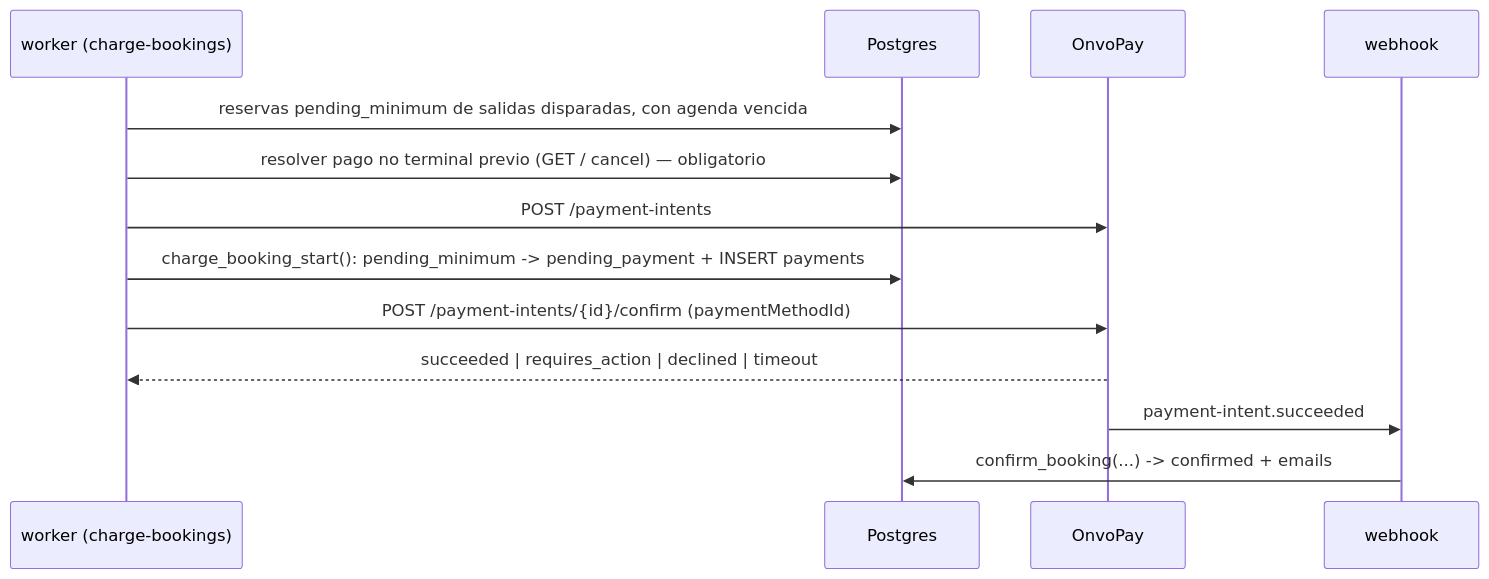
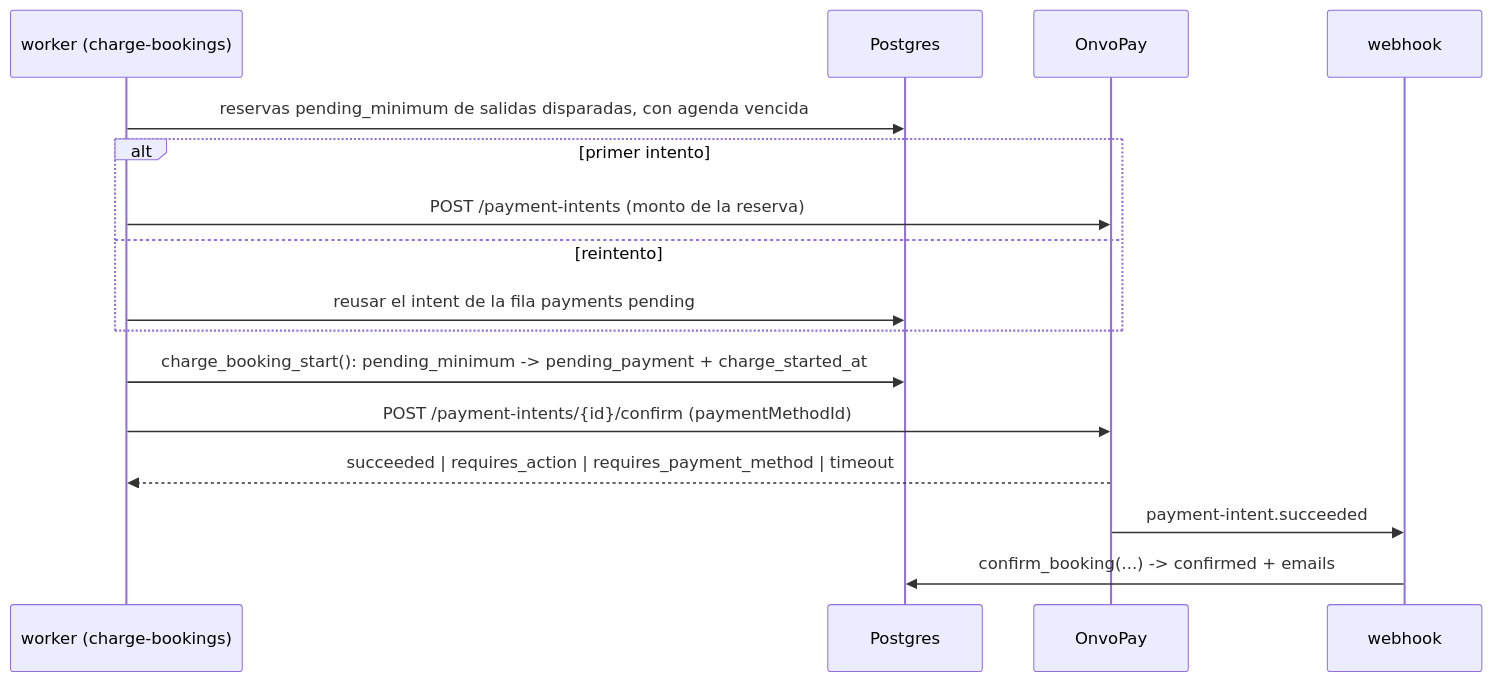
One commit to KthArg/boka-reservations changed the first of 2 diagrams in docs/specs/0029-cupo-minimo-y-cobro-diferido.md. Above: the diagram before and after it, drawn with Mermaid. The commit also changed other lines of this file and 1 other file, not shown here.

````diff
--- a/docs/specs/0029-cupo-minimo-y-cobro-diferido.md
+++ b/docs/specs/0029-cupo-minimo-y-cobro-diferido.md
@@ -115,16 +125,19 @@
 ```mermaid
 sequenceDiagram
     participant W as worker (charge-bookings)
     participant DB as Postgres
     participant O as OnvoPay
     participant H as webhook
 
     W->>DB: reservas pending_minimum de salidas disparadas, con agenda vencida
-    W->>DB: resolver pago no terminal previo (GET / cancel) — obligatorio
-    W->>O: POST /payment-intents
-    W->>DB: charge_booking_start(): pending_minimum -> pending_payment + INSERT payments
+    alt primer intento
+        W->>O: POST /payment-intents (monto de la reserva)
+    else reintento
+        W->>DB: reusar el intent de la fila payments pending
+    end
+    W->>DB: charge_booking_start(): pending_minimum -> pending_payment + charge_started_at
     W->>O: POST /payment-intents/{id}/confirm (paymentMethodId)
-    O-->>W: succeeded | requires_action | declined | timeout
+    O-->>W: succeeded | requires_action | requires_payment_method | timeout
     O->>H: payment-intent.succeeded
     H->>DB: confirm_booking(...) -> confirmed + emails
 ```
````
